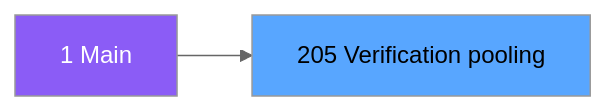
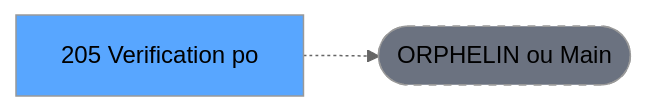
Before and after one commit to thonyAGP/lecteur-magic: the second of 3 diagrams in .openspec/renders/ADH-IDE-205.md, drawn with Mermaid (neutral theme). The commit also changed other lines of this file and 701 other files, not shown here.

````diff
--- a/.openspec/renders/ADH-IDE-205.md
+++ b/.openspec/renders/ADH-IDE-205.md
@@ -114,8 +118,8 @@
 ```mermaid
 graph LR
-    M[1 Main]
-    T[205 Verification pooling]
-    M --> T
-    style M fill:#8b5cf6,color:#fff
+    T[205 Verification po]
+    ORPHAN([ORPHELIN ou Main])
+    T -.-> ORPHAN
     style T fill:#58a6ff,color:#000
+    style ORPHAN fill:#6b7280,stroke-dasharray: 5 5
 ```
````
